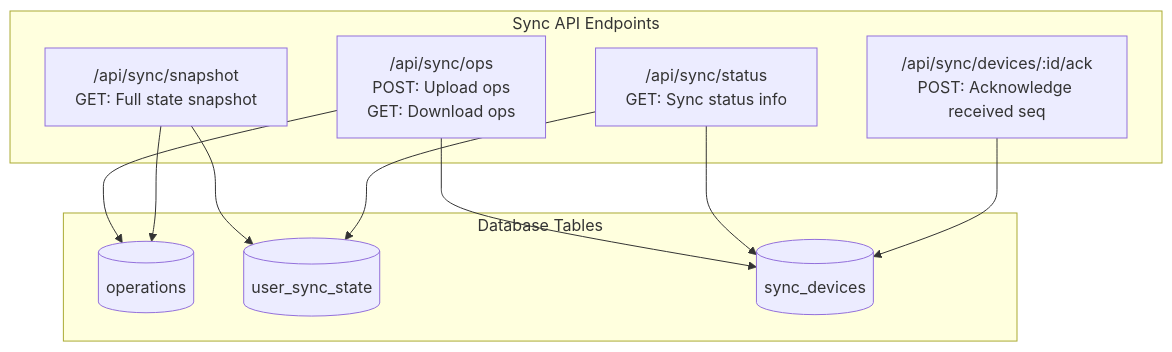
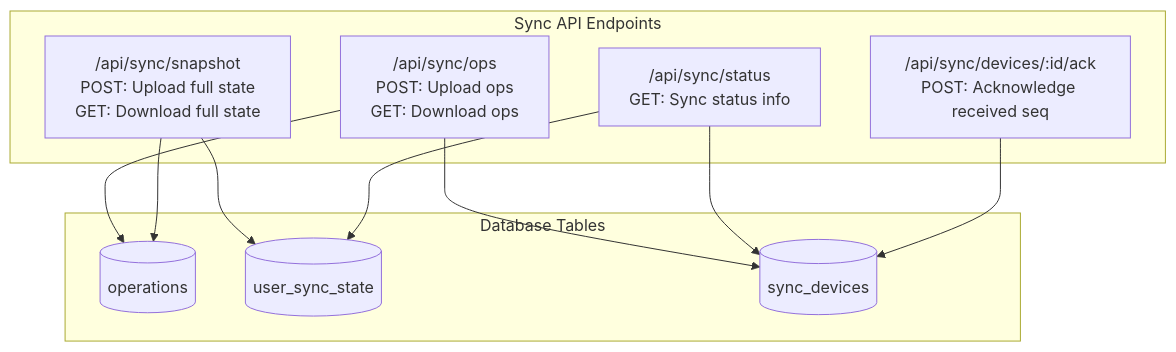
The eighth of 27 diagrams in packages/super-sync-server/sync-server-architecture-diagrams.md (johannesjo/super-productivity), drawn with Mermaid before and after one commit. The commit also changed other lines of this file and 2 other files, not shown here.

Commit message:
docs(sync): update architecture docs for snapshot upload

````diff
--- a/packages/super-sync-server/sync-server-architecture-diagrams.md
+++ b/packages/super-sync-server/sync-server-architecture-diagrams.md
@@ -282,23 +282,23 @@
 ```mermaid
 flowchart TB
     subgraph Endpoints["Sync API Endpoints"]
         OpsEndpoint["/api/sync/ops<br/>POST: Upload ops<br/>GET: Download ops"]
-        SnapshotEndpoint["/api/sync/snapshot<br/>GET: Full state snapshot"]
+        SnapshotEndpoint["/api/sync/snapshot<br/>POST: Upload full state<br/>GET: Download full state"]
         StatusEndpoint["/api/sync/status<br/>GET: Sync status info"]
         AckEndpoint["/api/sync/devices/:id/ack<br/>POST: Acknowledge received seq"]
     end
 
     subgraph Tables["Database Tables"]
         OpsTable[(operations)]
         StateTable[(user_sync_state)]
         DevicesTable[(sync_devices)]
     end
 
     OpsEndpoint --> OpsTable
     OpsEndpoint --> DevicesTable
     SnapshotEndpoint --> StateTable
     SnapshotEndpoint --> OpsTable
     StatusEndpoint --> StateTable
     StatusEndpoint --> DevicesTable
     AckEndpoint --> DevicesTable
 ```
````
